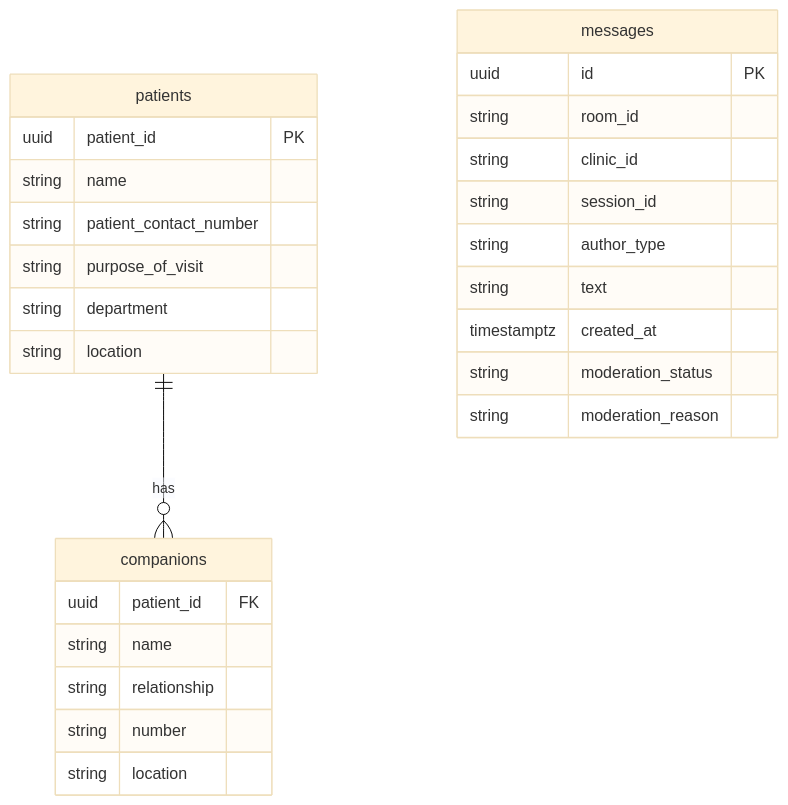
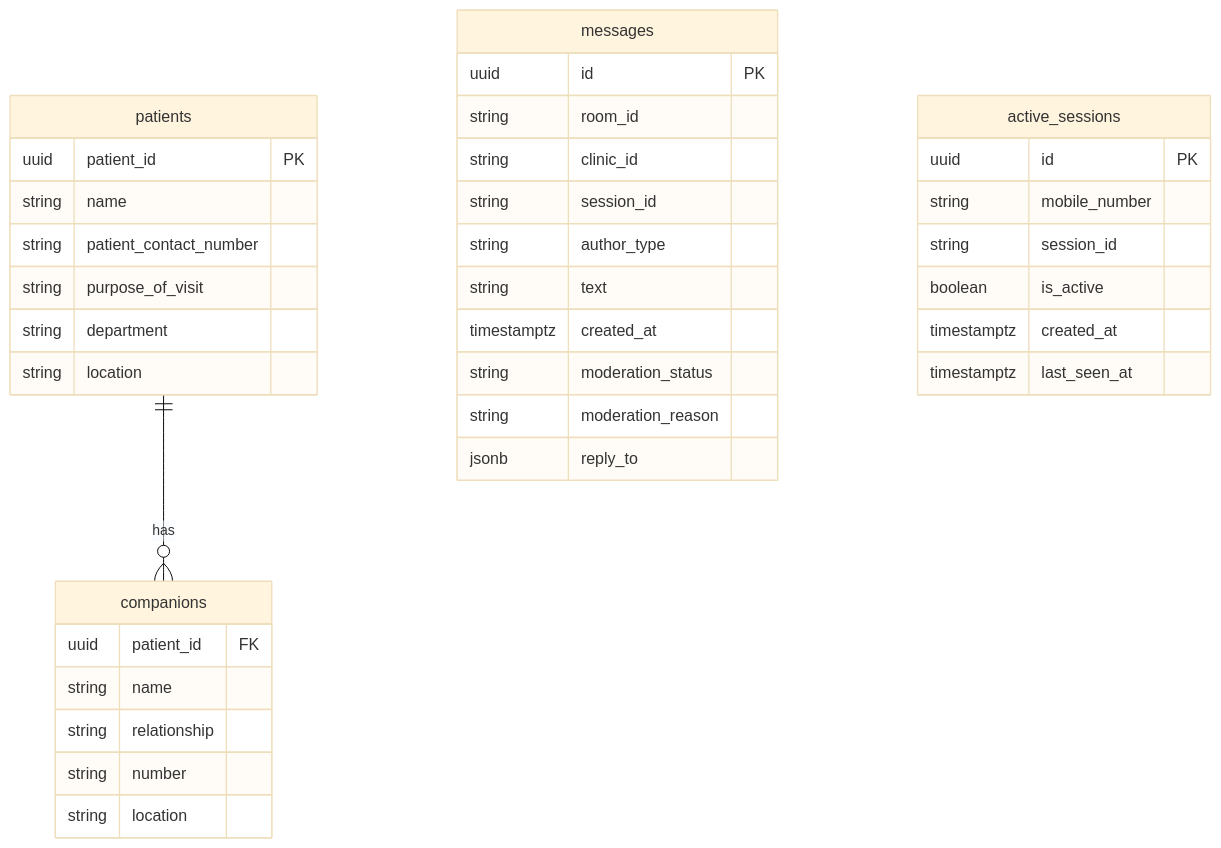
Before and after one commit to xactai/Communitiful: the ninth of 11 diagrams in app_docs/Flow_Diagrams.md, drawn with Mermaid (base theme). The commit also changed other lines of this file and 2 other files, not shown here.

Commit message:
Readme Update, FlowDiagrams Updated, ImplementationDocument Updated

````diff
--- a/app_docs/Flow_Diagrams.md
+++ b/app_docs/Flow_Diagrams.md
@@ -173,30 +203,39 @@
 ```mermaid
 erDiagram
   patients ||--o{ companions : has
   patients {
     uuid patient_id PK
     string name
     string patient_contact_number
     string purpose_of_visit
     string department
     string location
   }
   companions {
     uuid patient_id FK
     string name
     string relationship
     string number
     string location
   }
   messages {
     uuid id PK
     string room_id
     string clinic_id
     string session_id
     string author_type
     string text
     timestamptz created_at
     string moderation_status
     string moderation_reason
+    jsonb reply_to
+  }
+  active_sessions {
+    uuid id PK
+    string mobile_number
+    string session_id
+    boolean is_active
+    timestamptz created_at
+    timestamptz last_seen_at
   }
 ```
````
